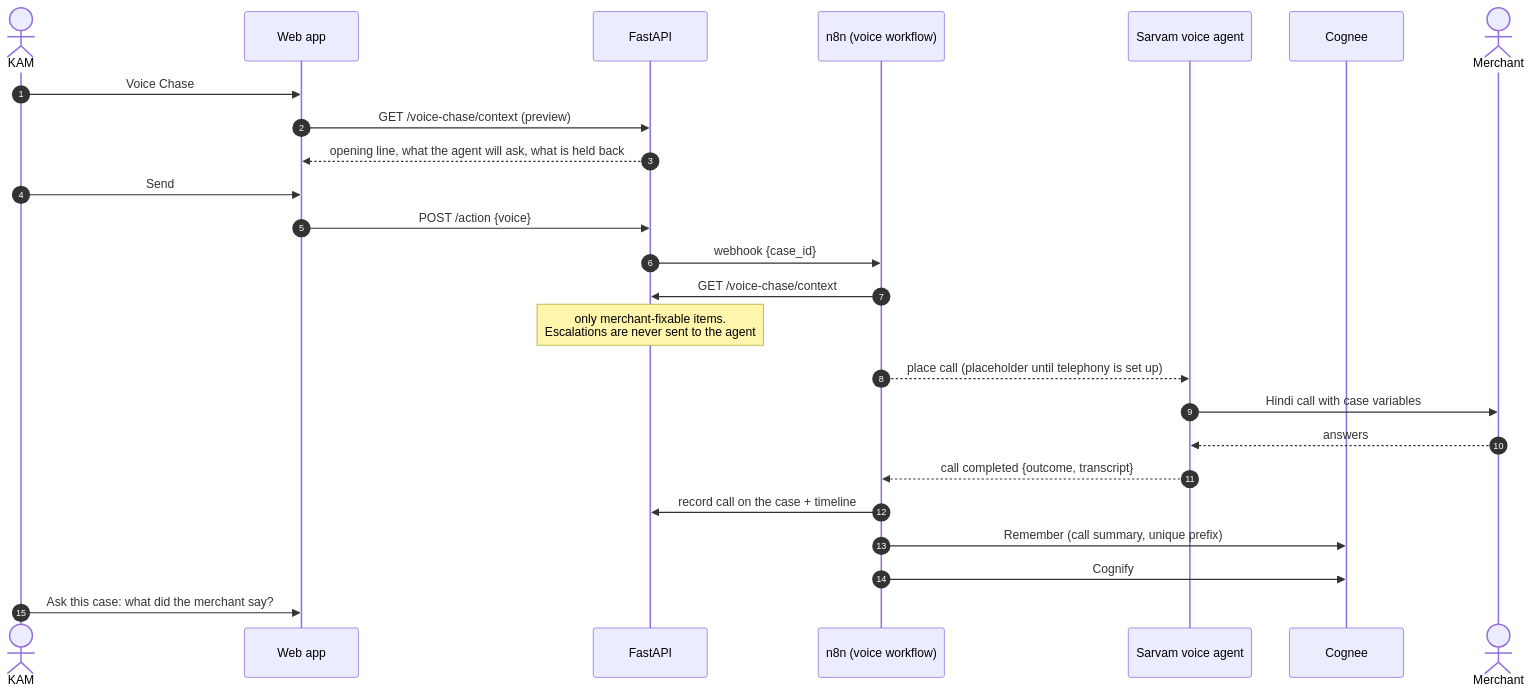
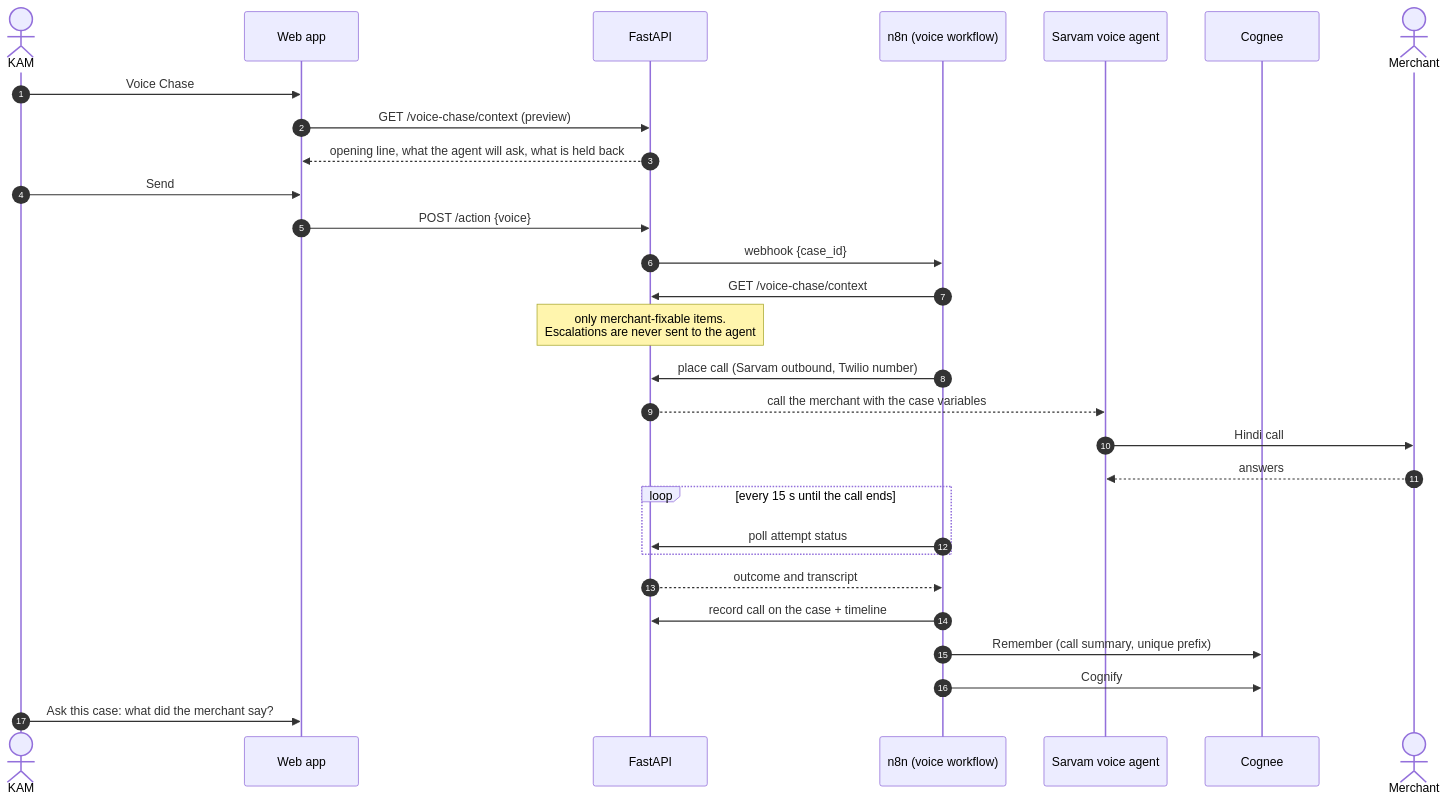
The fifth of 9 diagrams in docs/01_ARCHITECTURE.md (sam22ridhi/workflowkyc), drawn with Mermaid before and after one commit. The commit also changed other lines of this file and 27 other files, not shown here.

````diff
--- a/docs/01_ARCHITECTURE.md
+++ b/docs/01_ARCHITECTURE.md
@@ -190,28 +191,32 @@
 ```mermaid
 sequenceDiagram
     autonumber
     actor K as KAM
     participant FE as Web app
     participant API as FastAPI
     participant N as n8n (voice workflow)
     participant V as Sarvam voice agent
     participant CG as Cognee
     actor M as Merchant
 
     K->>FE: Voice Chase
     FE->>API: GET /voice-chase/context (preview)
     API-->>FE: opening line, what the agent will ask, what is held back
     K->>FE: Send
     FE->>API: POST /action {voice}
     API->>N: webhook {case_id}
     N->>API: GET /voice-chase/context
     Note over API: only merchant-fixable items.<br/>Escalations are never sent to the agent
-    N-->>V: place call (placeholder until telephony is set up)
-    V->>M: Hindi call with case variables
+    N->>API: place call (Sarvam outbound, Twilio number)
+    API-->>V: call the merchant with the case variables
+    V->>M: Hindi call
     M-->>V: answers
-    V-->>N: call completed {outcome, transcript}
+    loop every 15 s until the call ends
+        N->>API: poll attempt status
+    end
+    API-->>N: outcome and transcript
     N->>API: record call on the case + timeline
     N->>CG: Remember (call summary, unique prefix)
     N->>CG: Cognify
     K->>FE: Ask this case: what did the merchant say?
 ```
````
